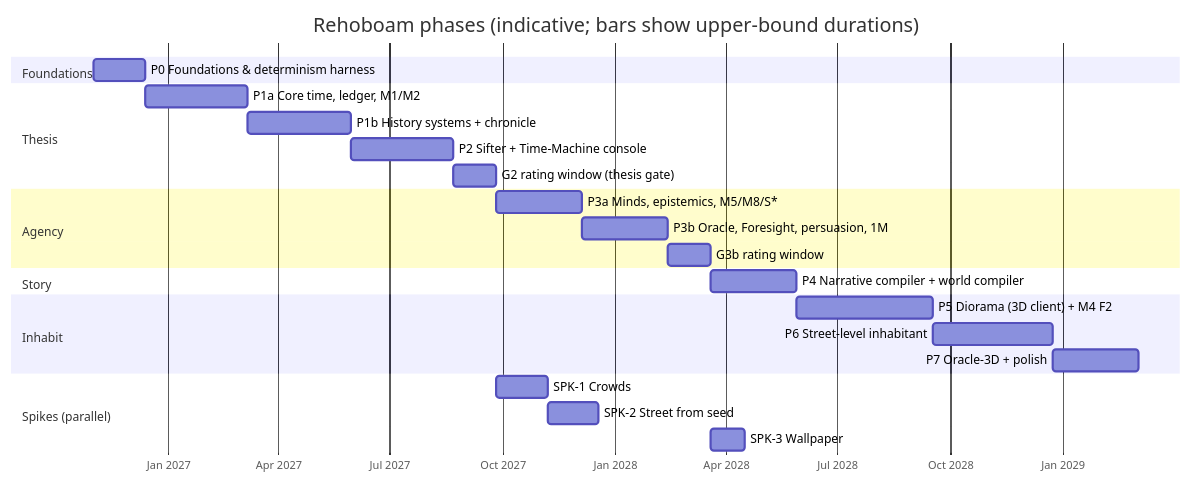
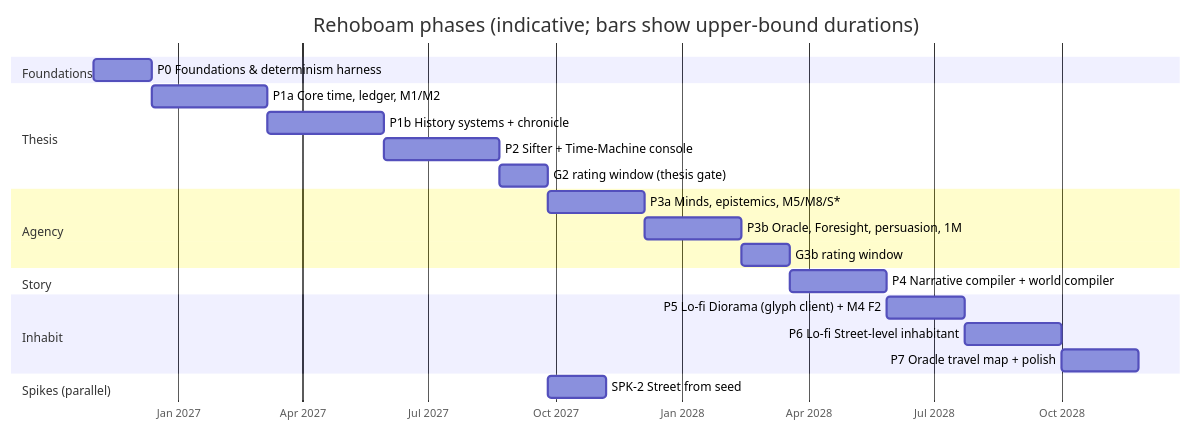
The diagram in docs/11_roadmap.md (BigRigVibeCoder/Rehoboam), drawn with Mermaid before and after one commit. The commit also changed other lines of this file and 12 other files, not shown here.

First line of the commit message:
Lo-fi glyph client first (ADR-0029); 3D becomes an optional art phase

````diff
--- a/docs/11_roadmap.md
+++ b/docs/11_roadmap.md
@@ -10,27 +10,25 @@
 ```mermaid
 gantt
     title Rehoboam phases (indicative; bars show upper-bound durations)
     dateFormat  YYYY-MM-DD
     axisFormat  %b %Y
     section Foundations
     P0 Foundations & determinism harness       :p0, 2026-11-01, 6w
     section Thesis
     P1a Core time, ledger, M1/M2               :p1a, after p0, 12w
     P1b History systems + chronicle            :p1b, after p1a, 12w
     P2 Sifter + Time-Machine console           :p2, after p1b, 12w
     G2 rating window (thesis gate)             :g2, after p2, 5w
     section Agency
     P3a Minds, epistemics, M5/M8/S*            :p3a, after g2, 10w
     P3b Oracle, Foresight, persuasion, 1M      :p3b, after p3a, 10w
     G3b rating window                          :g3, after p3b, 5w
     section Story
     P4 Narrative compiler + world compiler     :p4, after g3, 10w
     section Inhabit
-    P5 Diorama (3D client) + M4 F2             :p5, after p4, 16w
-    P6 Street-level inhabitant                 :p6, after p5, 14w
-    P7 Oracle-3D + polish                      :p7, after p6, 10w
+    P5 Lo-fi Diorama (glyph client) + M4 F2    :p5, after p4, 8w
+    P6 Lo-fi Street-level inhabitant           :p6, after p5, 10w
+    P7 Oracle travel map + polish              :p7, after p6, 8w
     section Spikes (parallel)
-    SPK-1 Crowds                               :spk1, after g2, 6w
-    SPK-2 Street from seed                     :spk2, after spk1, 6w
-    SPK-3 Wallpaper                            :spk3, after g3, 4w
+    SPK-2 Street from seed                     :spk2, after g2, 6w
 ```
````
